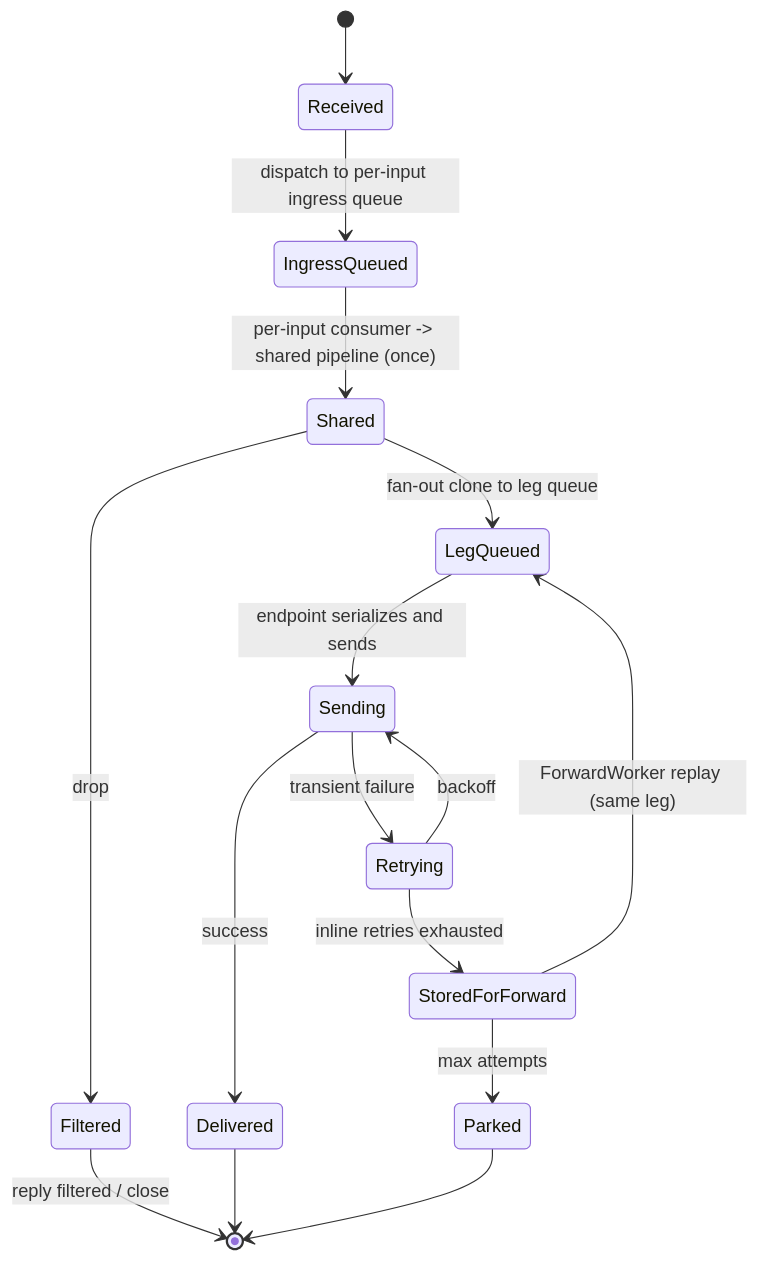
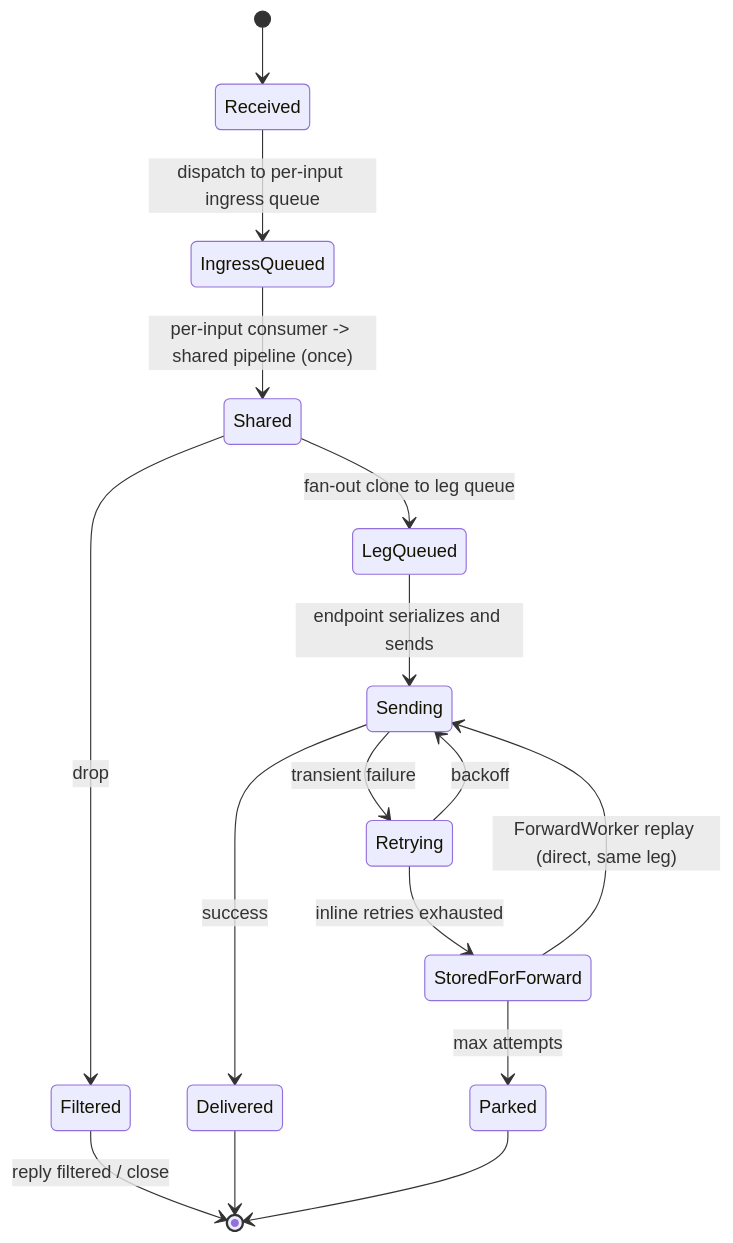
The fourth of 11 diagrams in docs/architecture/Refactor_ArchitectureDoc_v4.md (vaibhavSrivastava-philips/IBE_IBEAgent), drawn with Mermaid before and after one commit. The commit also changed other lines of this file and 27 other files, not shown here.

````diff
--- a/docs/architecture/Refactor_ArchitectureDoc_v4.md
+++ b/docs/architecture/Refactor_ArchitectureDoc_v4.md
@@ -324,18 +326,18 @@
 ```mermaid
 stateDiagram-v2
     [*] --> Received
     Received --> IngressQueued: dispatch to per-input ingress queue
     IngressQueued --> Shared: per-input consumer -> shared pipeline (once)
     Shared --> Filtered: drop
     Filtered --> [*]: reply filtered / close
     Shared --> LegQueued: fan-out clone to leg queue
     LegQueued --> Sending: endpoint serializes and sends
     Sending --> Delivered: success
     Sending --> Retrying: transient failure
     Retrying --> Sending: backoff
     Retrying --> StoredForForward: inline retries exhausted
-    StoredForForward --> LegQueued: ForwardWorker replay (same leg)
+    StoredForForward --> Sending: ForwardWorker replay (direct, same leg)
     StoredForForward --> Parked: max attempts
     Delivered --> [*]
     Parked --> [*]
 ```
````
